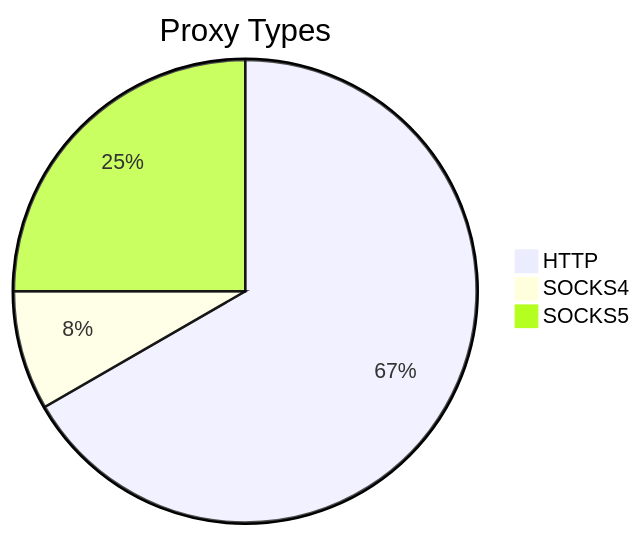
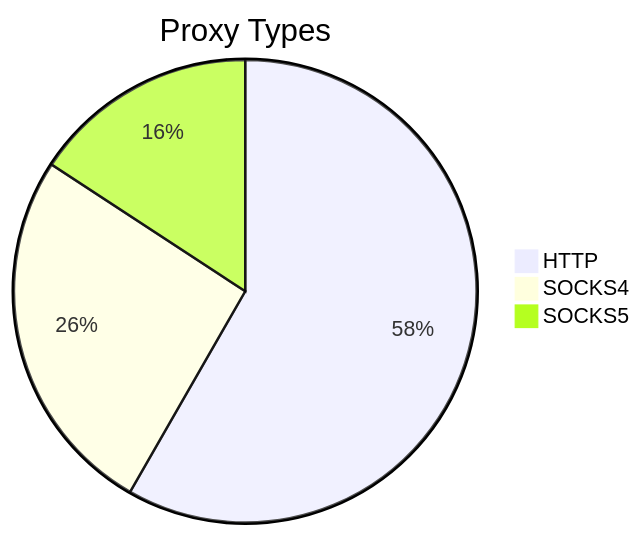
One commit to stormsia/proxy-list changed the first of 2 diagrams in README.md. Above: the diagram before and after it, drawn with Mermaid. The commit also changed other lines of this file, not shown here.

````diff
--- a/README.md
+++ b/README.md
@@ -21,6 +21,6 @@
 ```mermaid
 pie title Proxy Types
-    "HTTP" : 144
-    "SOCKS4" : 18
-    "SOCKS5" : 54
+    "HTTP" : 362
+    "SOCKS4" : 161
+    "SOCKS5" : 98
 ```
````
